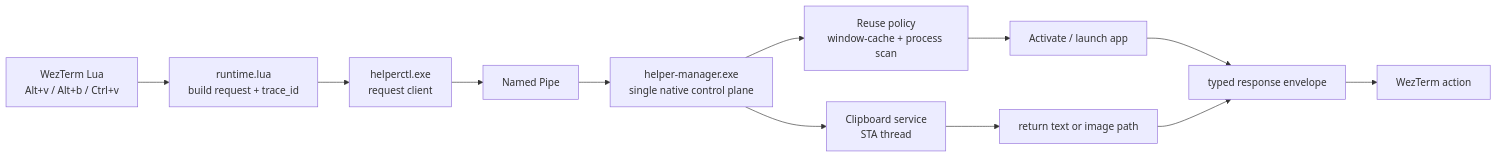
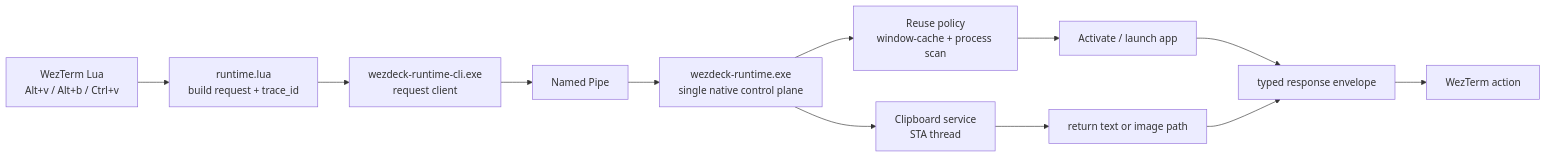
Before and after one commit to yunsii/wezdeck: the fourth of 4 diagrams in docs/presentations/ai-workspace-sharing-outline.md, drawn with Mermaid. The commit also changed other lines of this file and 175 other files, not shown here.

Commit message:
feat(wezdeck): ship runtime console and AI Deck site

````diff
--- a/docs/presentations/ai-workspace-sharing-outline.md
+++ b/docs/presentations/ai-workspace-sharing-outline.md
@@ -192,14 +192,14 @@
 ```mermaid
 flowchart LR
   A["WezTerm Lua<br/>Alt+v / Alt+b / Ctrl+v"] --> B["runtime.lua<br/>build request + trace_id"]
-  B --> C["helperctl.exe<br/>request client"]
+  B --> C["wezdeck-runtime-cli.exe<br/>request client"]
   C --> D["Named Pipe"]
-  D --> E["helper-manager.exe<br/>single native control plane"]
+  D --> E["wezdeck-runtime.exe<br/>single native control plane"]
   E --> F["Reuse policy<br/>window-cache + process scan"]
   E --> G["Clipboard service<br/>STA thread"]
   F --> H["Activate / launch app"]
   G --> I["return text or image path"]
   H --> J["typed response envelope"]
   I --> J
   J --> K["WezTerm action"]
 ```
````
